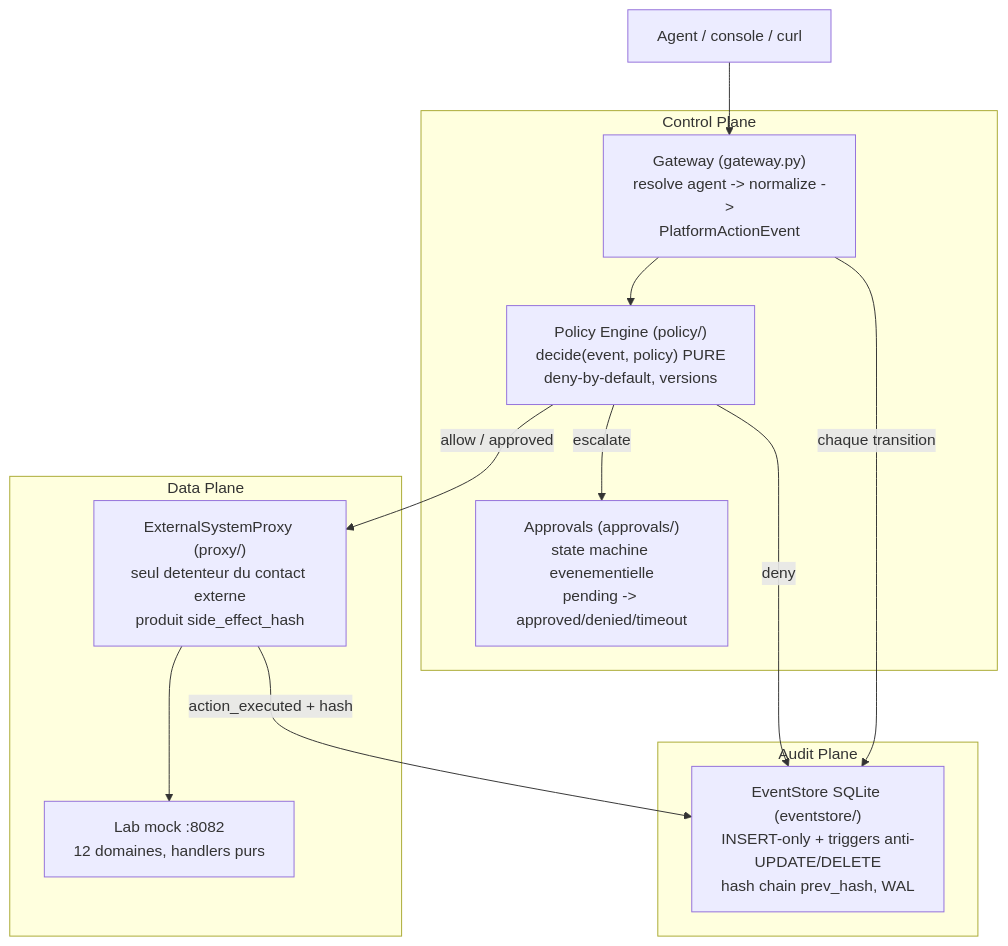
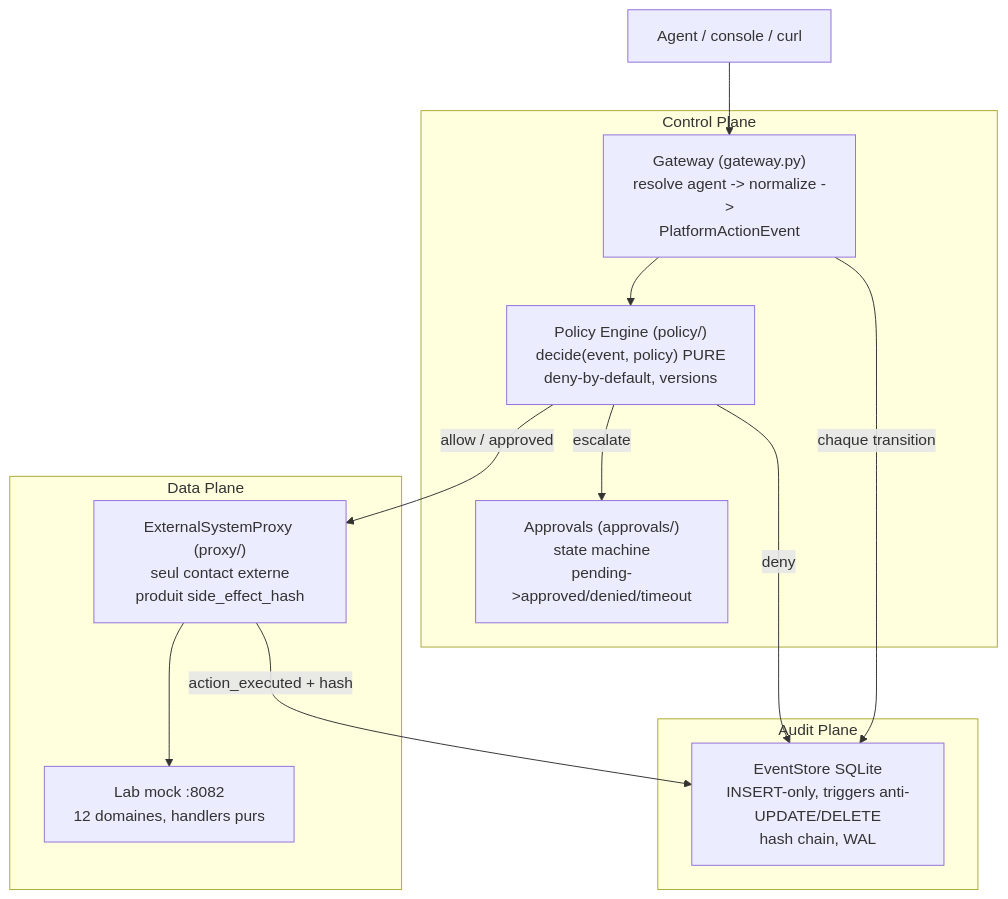
Before and after one commit to mo0ogly/recette_IA_agents: diagram 12 of 12 in docs/ARCHITECTURE.md, drawn with Mermaid. The commit also changed other lines of this file and 3 other files, not shown here.

First line of the commit message:
docs: agents-servers architecture + discovery capture points; diagrams as code

````diff
--- a/docs/ARCHITECTURE.md
+++ b/docs/ARCHITECTURE.md
@@ -493,23 +623,23 @@
 ```mermaid
 flowchart TB
   AGENT["Agent / console / curl"] --> GW
   subgraph CONTROL["Control Plane"]
     GW["Gateway (gateway.py)<br/>resolve agent -> normalize -><br/>PlatformActionEvent"]
     POL["Policy Engine (policy/)<br/>decide(event, policy) PURE<br/>deny-by-default, versions"]
-    APP["Approvals (approvals/)<br/>state machine evenementielle<br/>pending -> approved/denied/timeout"]
+    APP["Approvals (approvals/)<br/>state machine<br/>pending->approved/denied/timeout"]
     GW --> POL
     POL -->|"escalate"| APP
   end
   subgraph DATA["Data Plane"]
-    PROXY["ExternalSystemProxy (proxy/)<br/>seul detenteur du contact externe<br/>produit side_effect_hash"]
+    PROXY["ExternalSystemProxy (proxy/)<br/>seul contact externe<br/>produit side_effect_hash"]
     LAB2["Lab mock :8082<br/>12 domaines, handlers purs"]
     PROXY --> LAB2
   end
   subgraph AUDIT["Audit Plane"]
-    ES["EventStore SQLite (eventstore/)<br/>INSERT-only + triggers anti-UPDATE/DELETE<br/>hash chain prev_hash, WAL"]
+    ES["EventStore SQLite<br/>INSERT-only, triggers anti-UPDATE/DELETE<br/>hash chain, WAL"]
   end
   POL -->|"allow / approved"| PROXY
   POL -->|"deny"| ES
   GW -->|"chaque transition"| ES
   PROXY -->|"action_executed + hash"| ES
 ```
````
